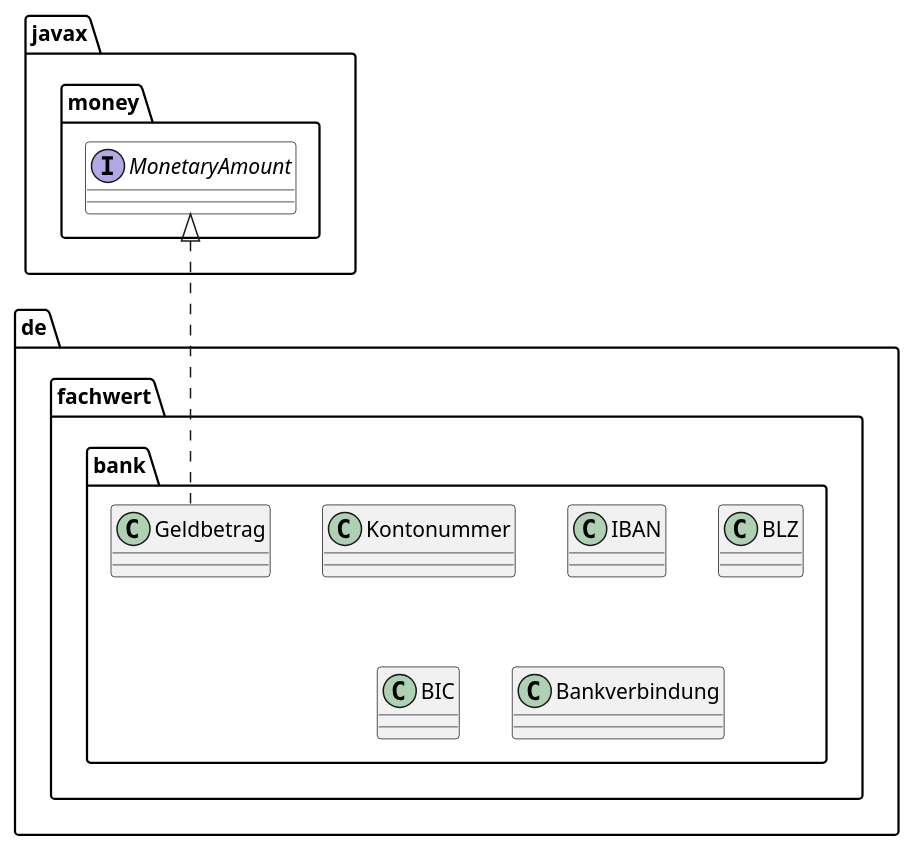
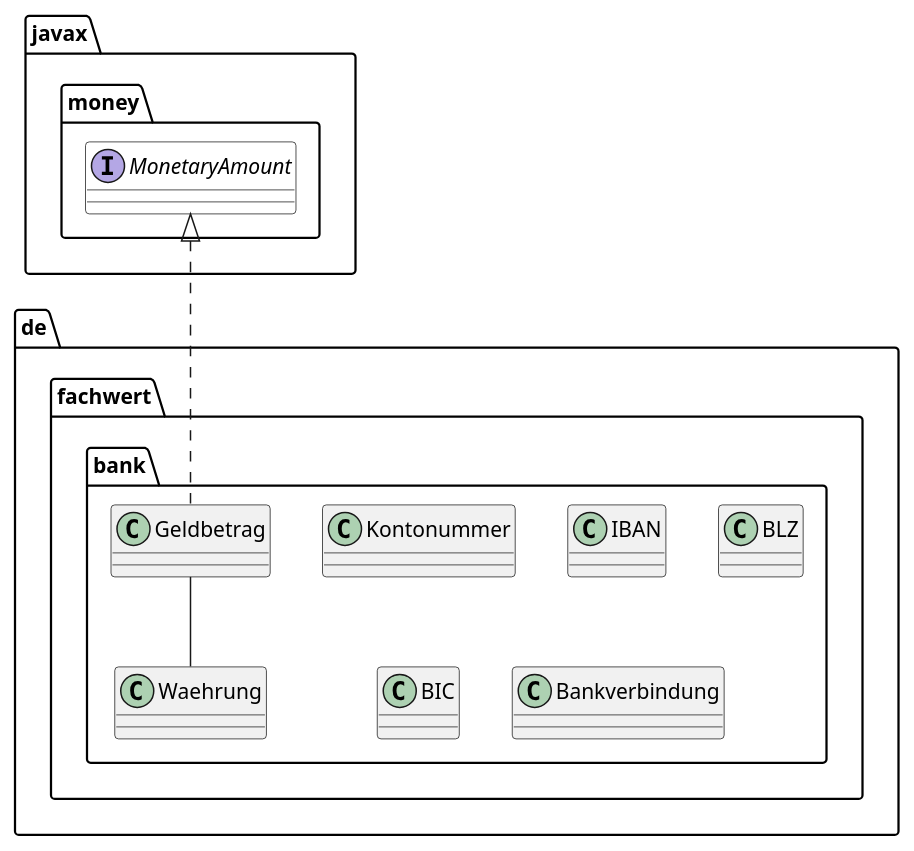
The diagram in src/main/asciidoc/images/package-bank.puml (oboehm/jfachwert), drawn with PlantUML before and after one commit. The commit also changed 7 other files, not shown here.

```diff
--- a/src/main/asciidoc/images/package-bank.puml
+++ b/src/main/asciidoc/images/package-bank.puml
@@ -1,18 +1,20 @@
 @startuml
 
 package "de.fachwert.bank" {
 
     class Kontonummer
     class IBAN
     class BLZ
     class BIC
     class Bankverbindung
     class Geldbetrag
+    class Waehrung
 
 }
 
 interface javax.money.MonetaryAmount #white
 
 javax.money.MonetaryAmount <|.. Geldbetrag
+Geldbetrag -- Waehrung
 
 @enduml
```
